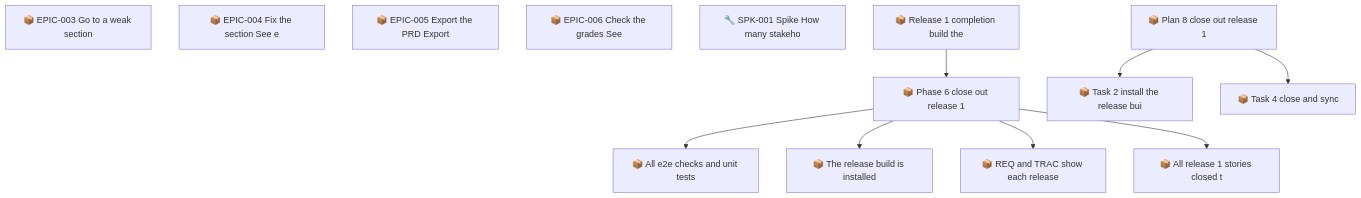
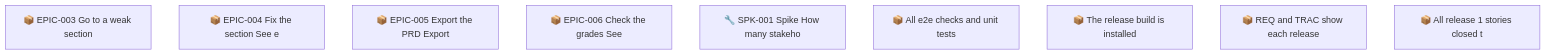
The second of 2 diagrams in docs/roadmap.md (SpillwaveSolutions/prd-forge-viewer), drawn with Mermaid before and after one commit. The commit also changed other lines of this file and 27 other files, not shown here.

First line of the commit message:
worklog: close release 1

````diff
--- a/docs/roadmap.md
+++ b/docs/roadmap.md
@@ -108,24 +81,12 @@
 ```mermaid
 graph TD
     01M61XNJQPA0F7H1BG56ERNJ3P["📦 EPIC-003 Go to a weak section"]
     01M61XNK50616FWM0WZ4FGWGEB["📦 EPIC-004 Fix the section See e"]
     01M61XNK9MPMV0RAEKPX0JC3K4["📦 EPIC-005 Export the PRD Export"]
     01M61XNM7GHPSJ1B96BCHA59ZE["📦 EPIC-006 Check the grades See"]
     01M61XNM9NY7F4D4V7400J56X9["🔧 SPK-001 Spike How many stakeho"]
-    01M62C7RE2CW1HN12H2T82VJ6C["📦 Release 1 completion build the"]
-    01M62C7REGCD2R415FMWFCZMV6["📦 Phase 6 close out release 1"]
     01M62C7REGCD2R415FMWFCZMV8["📦 All e2e checks and unit tests"]
     01M62C7REGCD2R415FMWFCZMVA["📦 The release build is installed"]
     01M62C7REHN9N2P8Z19K0EPA0F["📦 REQ and TRAC show each release"]
     01M62C7REHN9N2P8Z19K0EPA0H["📦 All release 1 stories closed t"]
-    01M64C02ZSD81X83JWRWQDVYCH["📦 Plan 8 close out release 1"]
-    01M64C03048SWRXRJ3A59AD9W2["📦 Task 2 install the release bui"]
-    01M64C03048SWRXRJ3A59AD9W6["📦 Task 4 close and sync"]
-    01M62C7RE2CW1HN12H2T82VJ6C --> 01M62C7REGCD2R415FMWFCZMV6
-    01M62C7REGCD2R415FMWFCZMV6 --> 01M62C7REGCD2R415FMWFCZMV8
-    01M62C7REGCD2R415FMWFCZMV6 --> 01M62C7REGCD2R415FMWFCZMVA
-    01M62C7REGCD2R415FMWFCZMV6 --> 01M62C7REHN9N2P8Z19K0EPA0F
-    01M62C7REGCD2R415FMWFCZMV6 --> 01M62C7REHN9N2P8Z19K0EPA0H
-    01M64C02ZSD81X83JWRWQDVYCH --> 01M64C03048SWRXRJ3A59AD9W2
-    01M64C02ZSD81X83JWRWQDVYCH --> 01M64C03048SWRXRJ3A59AD9W6
 ```
````
